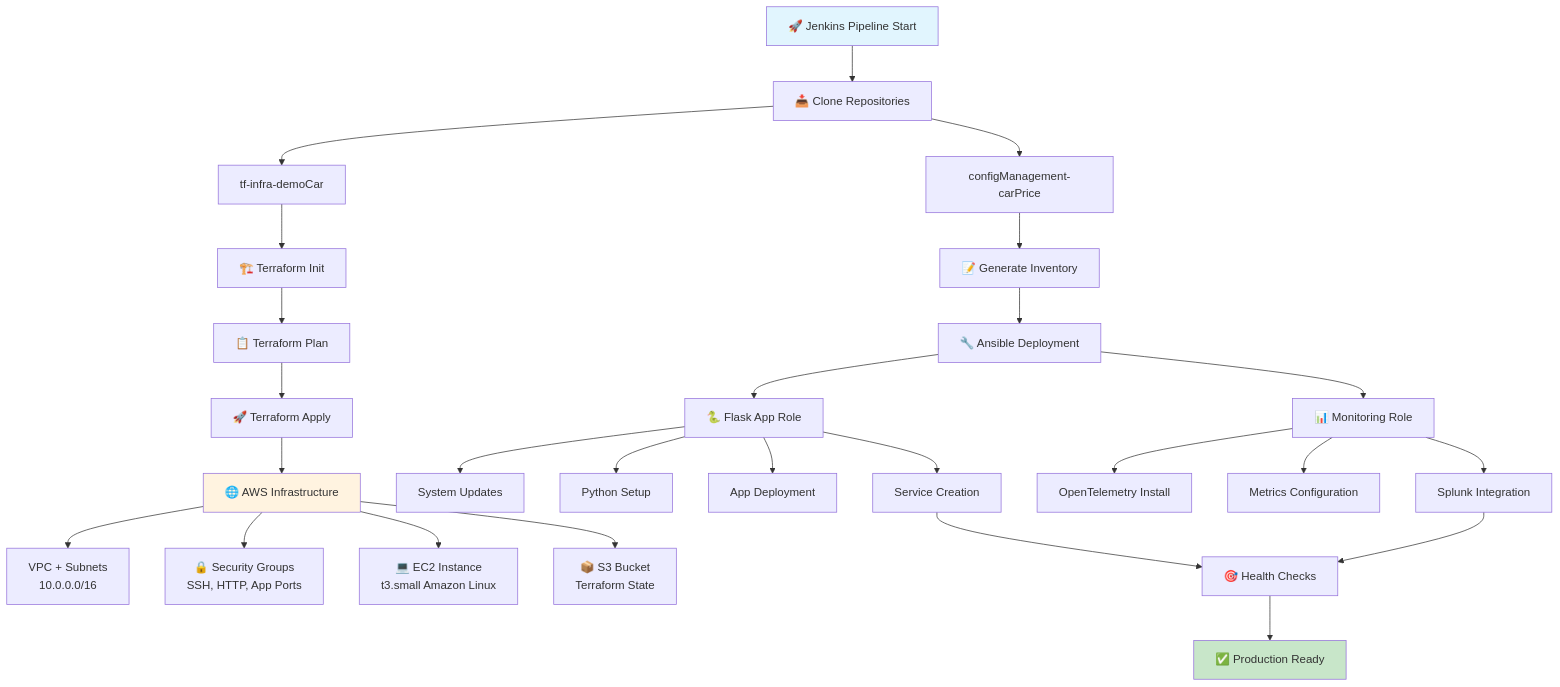
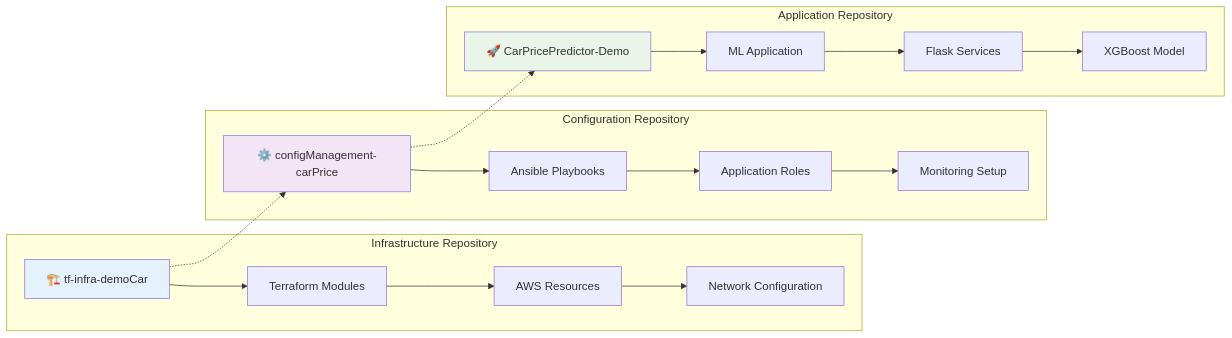
The second of 5 diagrams in docs/jenkins/DOCUMENTATION_FOR_EXPO.md (andreaendigital/CarPricePredictor-Demo), drawn with Mermaid before and after one commit. The commit also changed other lines of this file, not shown here.

First line of the commit message:
docs: consolidate metrics into single 'Implemented Metrics' section

````diff
--- a/docs/jenkins/DOCUMENTATION_FOR_EXPO.md
+++ b/docs/jenkins/DOCUMENTATION_FOR_EXPO.md
@@ -100,39 +80,39 @@
 ```mermaid
-flowchart TD
-    A[🚀 Jenkins Pipeline Start] --> B[📥 Clone Repositories]
-    B --> C[tf-infra-demoCar]
-    B --> D[configManagement-carPrice]
+flowchart LR
+    subgraph "Infrastructure Repository"
+        A1[🏗️ tf-infra-demoCar]
+        A2[Terraform Modules]
+        A3[AWS Resources]
+        A4[Network Configuration]
+        A1 --> A2
+        A2 --> A3
+        A3 --> A4
+    end
 
-    C --> E[🏗️ Terraform Init]
-    E --> F[📋 Terraform Plan]
-    F --> G[🚀 Terraform Apply]
+    subgraph "Configuration Repository"
+        B1[⚙️ configManagement-carPrice]
+        B2[Ansible Playbooks]
+        B3[Application Roles]
+        B4[Monitoring Setup]
+        B1 --> B2
+        B2 --> B3
+        B3 --> B4
+    end
 
-    G --> H[🌐 AWS Infrastructure]
-    H --> I[VPC + Subnets<br/>10.0.0.0/16]
-    H --> J[🔒 Security Groups<br/>SSH, HTTP, App Ports]
-    H --> K[💻 EC2 Instance<br/>t3.small Amazon Linux]
-    H --> L[📦 S3 Bucket<br/>Terraform State]
+    subgraph "Application Repository"
+        C1[🚀 CarPricePredictor-Demo]
+        C2[ML Application]
+        C3[Flask Services]
+        C4[XGBoost Model]
+        C1 --> C2
+        C2 --> C3
+        C3 --> C4
+    end
 
-    D --> M[📝 Generate Inventory]
-    M --> N[🔧 Ansible Deployment]
+    A1 -.-> B1
+    B1 -.-> C1
 
-    N --> O[🐍 Flask App Role]
-    N --> P[📊 Monitoring Role]
-
-    O --> Q[System Updates]
-    O --> R[Python Setup]
-    O --> S[App Deployment]
-    O --> T[Service Creation]
-
-    P --> U[OpenTelemetry Install]
-    P --> V[Metrics Configuration]
-    P --> W[Splunk Integration]
-
-    T --> X[🎯 Health Checks]
-    W --> X
-    X --> Y[✅ Production Ready]
-
-    style A fill:#e1f5fe
-    style Y fill:#c8e6c9
-    style H fill:#fff3e0
+    style A1 fill:#e3f2fd
+    style B1 fill:#f3e5f5
+    style C1 fill:#e8f5e8
 ```
````
